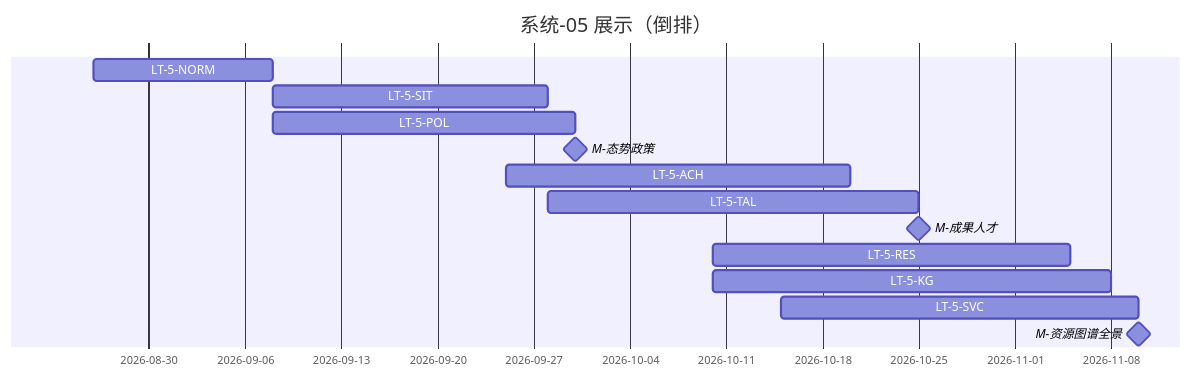
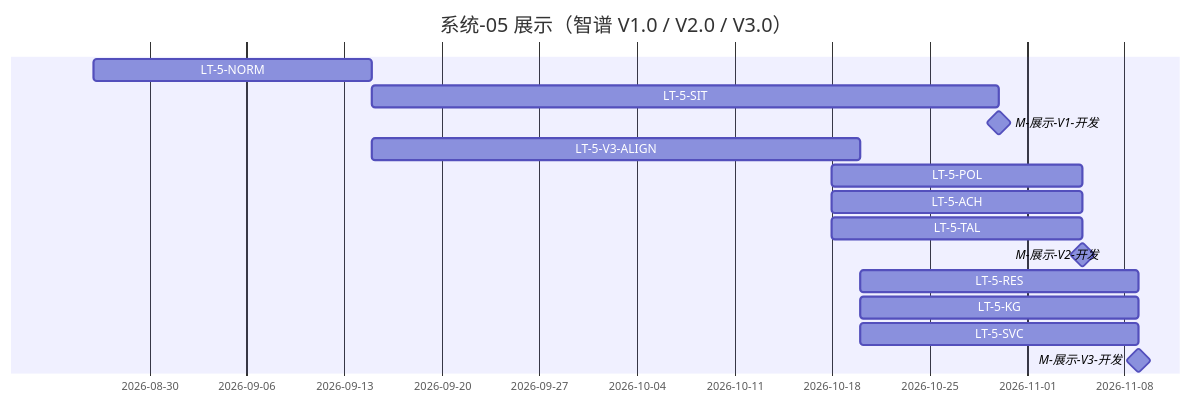
One commit to Marisolebxf/- changed the diagram in agent-delivery/工程过程/02-策划与监控/02-智树工作计划/02-进度/系统-05-科技信息展示.md. Above: the diagram before and after it, drawn with Mermaid. The commit also changed other lines of this file and 17 other files, not shown here.

````diff
--- a/agent-delivery/工程过程/02-策划与监控/02-智树工作计划/02-进度/系统-05-科技信息展示.md
+++ b/agent-delivery/工程过程/02-策划与监控/02-智树工作计划/02-进度/系统-05-科技信息展示.md
@@ -24,23 +36,24 @@
 ```mermaid
 ---
 config:
   gantt:
     useMaxWidth: true
   themeVariables:
     fontSize: 14px
 ---
 gantt
-    title 系统-05 展示（倒排）
+    title 系统-05 展示（智谱 V1.0 / V2.0 / V3.0）
     dateFormat YYYY-MM-DD
-    LT-5-NORM      :n, 2026-08-26, 2026-09-08
-    LT-5-SIT       :s, 2026-09-08, 2026-09-28
-    LT-5-POL       :p, 2026-09-08, 2026-09-30
-    M-态势政策     :milestone, m1, 2026-09-30, 0d
-    LT-5-ACH       :a, 2026-09-25, 2026-10-20
-    LT-5-TAL       :t, 2026-09-28, 2026-10-25
-    M-成果人才     :milestone, m2, 2026-10-25, 0d
-    LT-5-RES       :r, 2026-10-10, 2026-11-05
-    LT-5-KG        :k, 2026-10-10, 2026-11-08
-    LT-5-SVC       :v, 2026-10-15, 2026-11-10
-    M-资源图谱全景 :milestone, m3, 2026-11-10, 0d
+    LT-5-NORM      :n, 2026-08-26, 2026-09-15
+    LT-5-SIT       :s, 2026-09-15, 2026-10-30
+    M-展示-V1-开发 :milestone, m1, 2026-10-30, 0d
+    LT-5-V3-ALIGN  :al, 2026-09-15, 2026-10-20
+    LT-5-POL       :p, 2026-10-18, 2026-11-05
+    LT-5-ACH       :a, 2026-10-18, 2026-11-05
+    LT-5-TAL       :t, 2026-10-18, 2026-11-05
+    M-展示-V2-开发 :milestone, m2, 2026-11-05, 0d
+    LT-5-RES       :r, 2026-10-20, 2026-11-09
+    LT-5-KG        :k, 2026-10-20, 2026-11-09
+    LT-5-SVC       :v, 2026-10-20, 2026-11-09
+    M-展示-V3-开发 :milestone, m3, 2026-11-09, 0d
 ```
````
